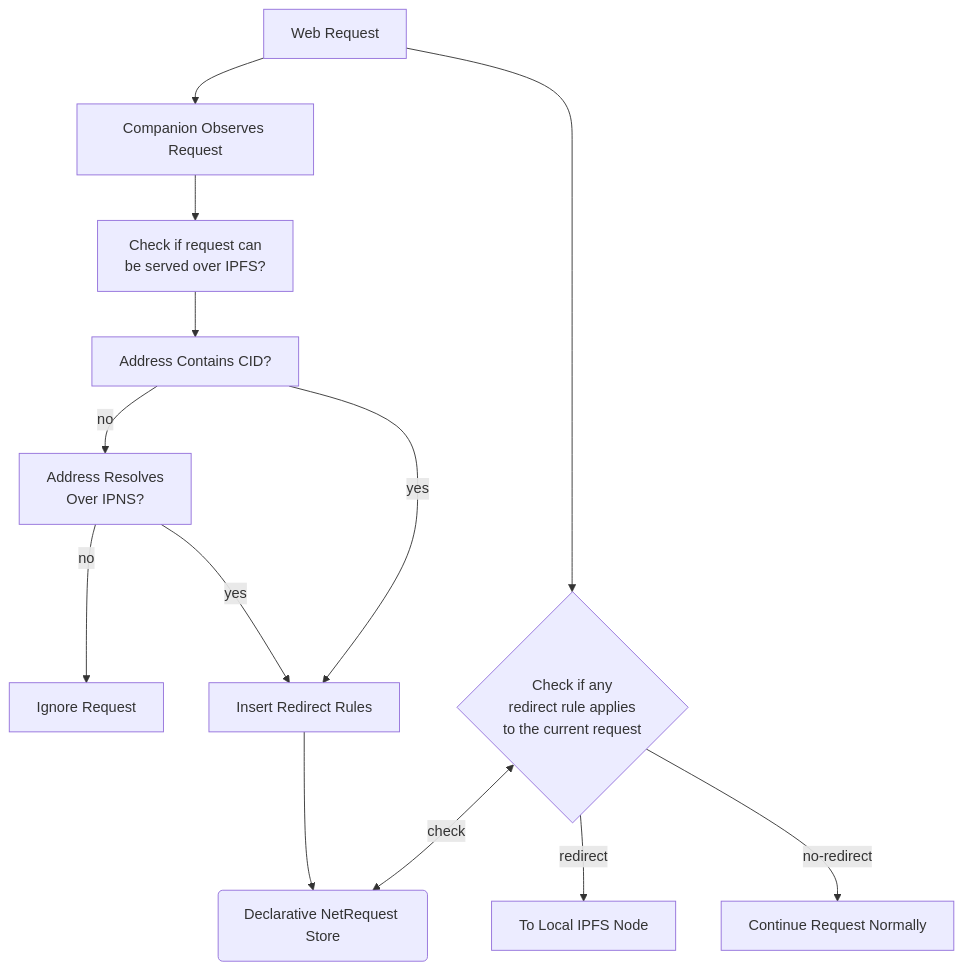
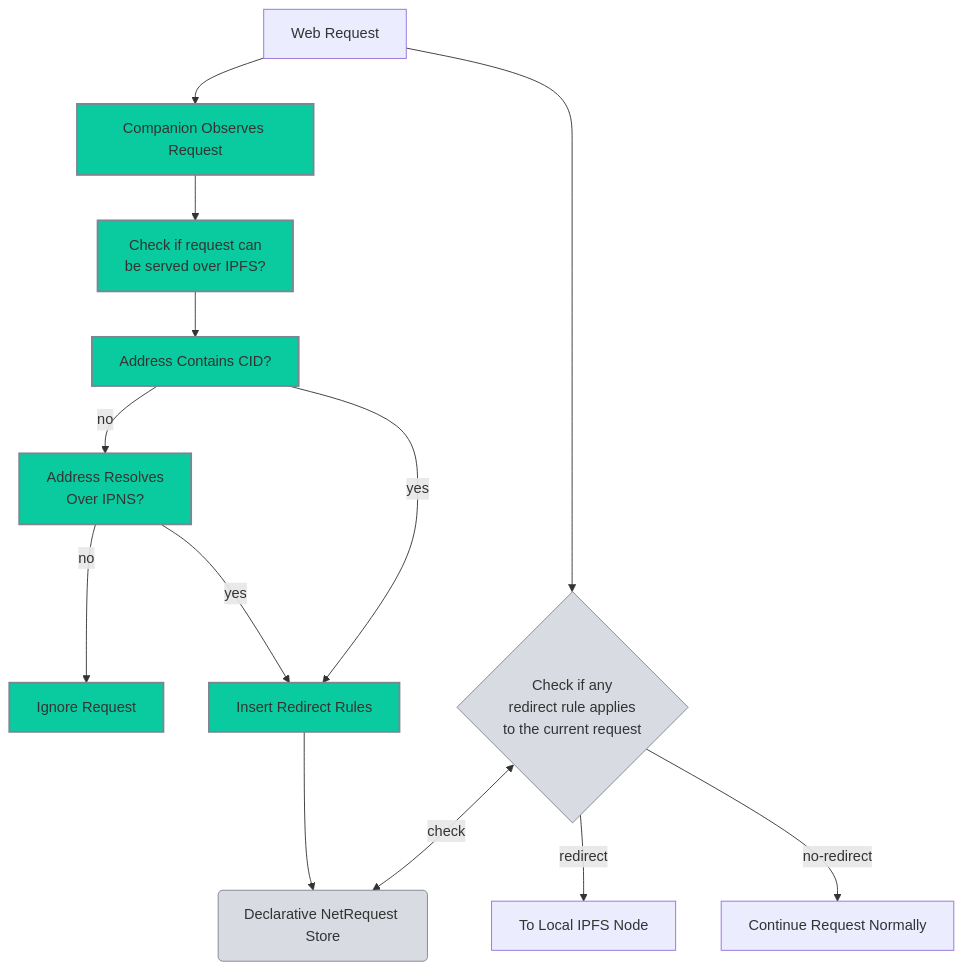
Before and after one commit to ipfs/ipfs-companion: the second of 2 diagrams in docs/MV3.md, drawn with Mermaid.

Commit message:
Adding Colors

````diff
--- a/docs/MV3.md
+++ b/docs/MV3.md
@@ -24,15 +24,17 @@
 ```mermaid
 flowchart TD
     A[Web Request] --> B[Companion Observes Request]
     A --> C{Check if any\nredirect rule applies\nto the current request}
-    B --> D[Check if request can\nbe served over IPFS?]
-    D --> E[Address Contains CID?]
-    E --> |no| F[Address Resolves\nOver IPNS?]
-    F --> |no| I[Ignore Request]
-    F --> |yes| H
-    E --> |yes| H[Insert Redirect Rules]
-    H --> K(Declarative NetRequest Store)
-    C <--> |check| K
+    B:::companion --> D[Check if request can\nbe served over IPFS?]
+    D:::companion --> E[Address Contains CID?]:::companion
+    E --> |no| F[Address Resolves\nOver IPNS?]:::companion
+    F --> |no| I[Ignore Request]:::companion
+    F --> |yes| H:::companion
+    E --> |yes| H[Insert Redirect Rules]:::companion
+    H:::companion --> K(Declarative NetRequest Store):::browser
+    C:::browser <--> |check| K
     C --> |redirect| G[To Local IPFS Node]
     C --> |no-redirect| J[Continue Request Normally]
+    classDef companion fill:#0aca9f,stroke:#7f8491,stroke-width:2px;
+    classDef browser fill:#d9dbe2,stroke:#7f8491,stroke-width:1px;
 ```
````
